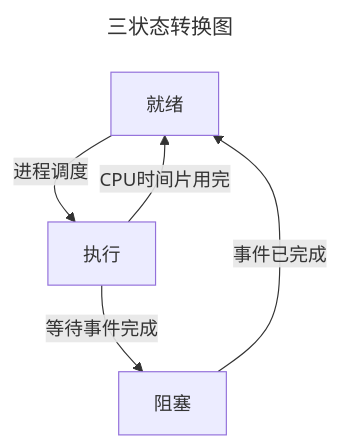
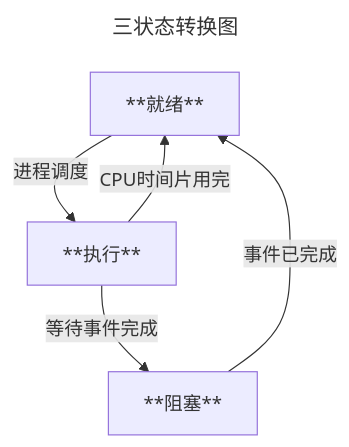
Before and after one commit to Thee24LYJ/study-notes: the first of 2 diagrams in 知识学习/操作系统/进程与线程.md, drawn with Mermaid. The commit also changed other lines of this file and 33 other files, not shown here.

````diff
--- a/知识学习/操作系统/进程与线程.md
+++ b/知识学习/操作系统/进程与线程.md
@@ -50,10 +65,10 @@
 ```mermaid
 ---
 title: 三状态转换图
 ---
 graph
-A[就绪] -- 进程调度 --> B[执行]
+A[**就绪**] -- 进程调度 --> B[**执行**]
 B -- CPU时间片用完 --> A
-B -- 等待事件完成 --> C[阻塞]
+B -- 等待事件完成 --> C[**阻塞**]
 C -- 事件已完成 --> A
 ```
````
